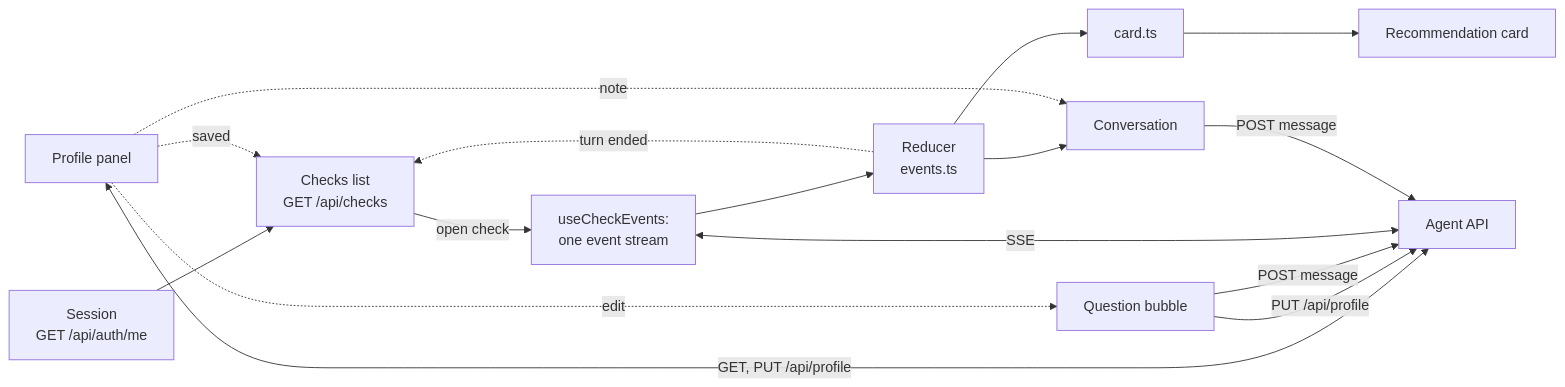
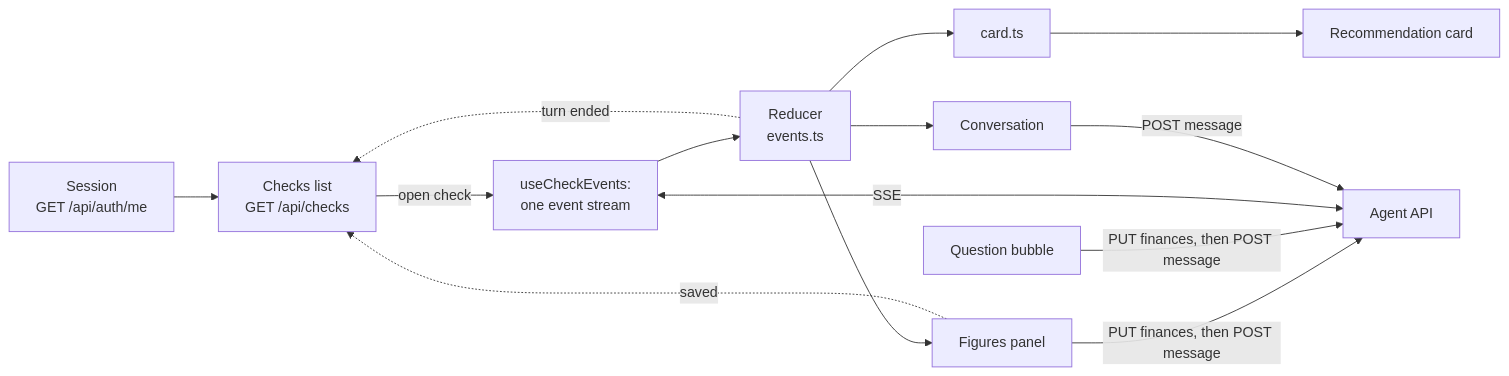
One commit to erancha/loan-simulator changed the diagram in docs/architecture/page.md. Above: the diagram before and after it, drawn with Mermaid. The commit also changed other lines of this file and 122 other files, not shown here.

````diff
--- a/docs/architecture/page.md
+++ b/docs/architecture/page.md
@@ -46,17 +51,15 @@
 ```mermaid
 flowchart LR
   S["Session<br/>GET /api/auth/me"] --> L["Checks list<br/>GET /api/checks"]
   L -->|"open check"| H["useCheckEvents:<br/>one event stream"]
   H --> R["Reducer<br/>events.ts"]
   R --> B["card.ts"] --> C[Recommendation card]
   R --> T[Conversation]
-  P[Profile panel] <-->|"GET, PUT /api/profile"| A[Agent API]
-  Q[Question bubble] -->|"PUT /api/profile"| A
-  Q -->|"POST message"| A
-  P -.->|"edit"| Q
-  P -.->|"note"| T
+  R --> F[Figures panel]
+  F -->|"PUT finances, then POST message"| A[Agent API]
+  Q[Question bubble] -->|"PUT finances, then POST message"| A
   H <-->|"SSE"| A
   T -->|"POST message"| A
   R -.->|"turn ended"| L
-  P -.->|"saved"| L
+  F -.->|"saved"| L
 ```
````
